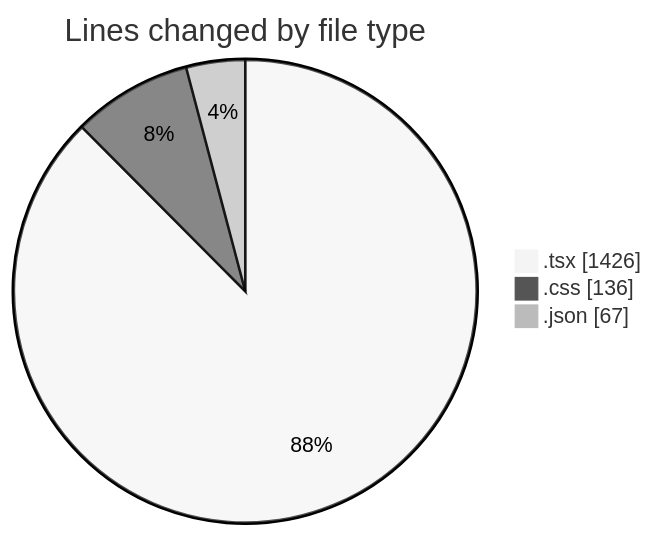
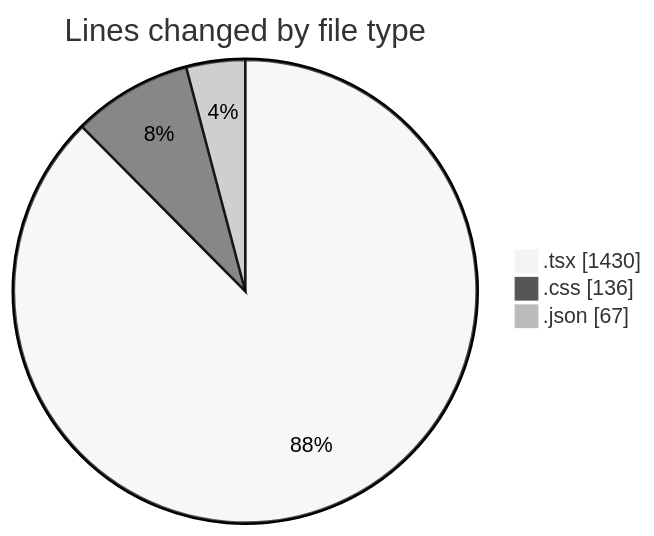
Before and after one commit to robertbonfada/code-tracking: the first of 2 diagrams in 2025-01-08/mbc-web/README.md, drawn with Mermaid (neutral theme). The commit also changed other lines of this file and 1 other file, not shown here.

````diff
--- a/2025-01-08/mbc-web/README.md
+++ b/2025-01-08/mbc-web/README.md
@@ -34,7 +34,7 @@
 ```mermaid
 pie showData
 title Lines changed by file type
-".tsx" : 1426
+".tsx" : 1430
 ".css" : 136
 ".json" : 67
 ```
````
